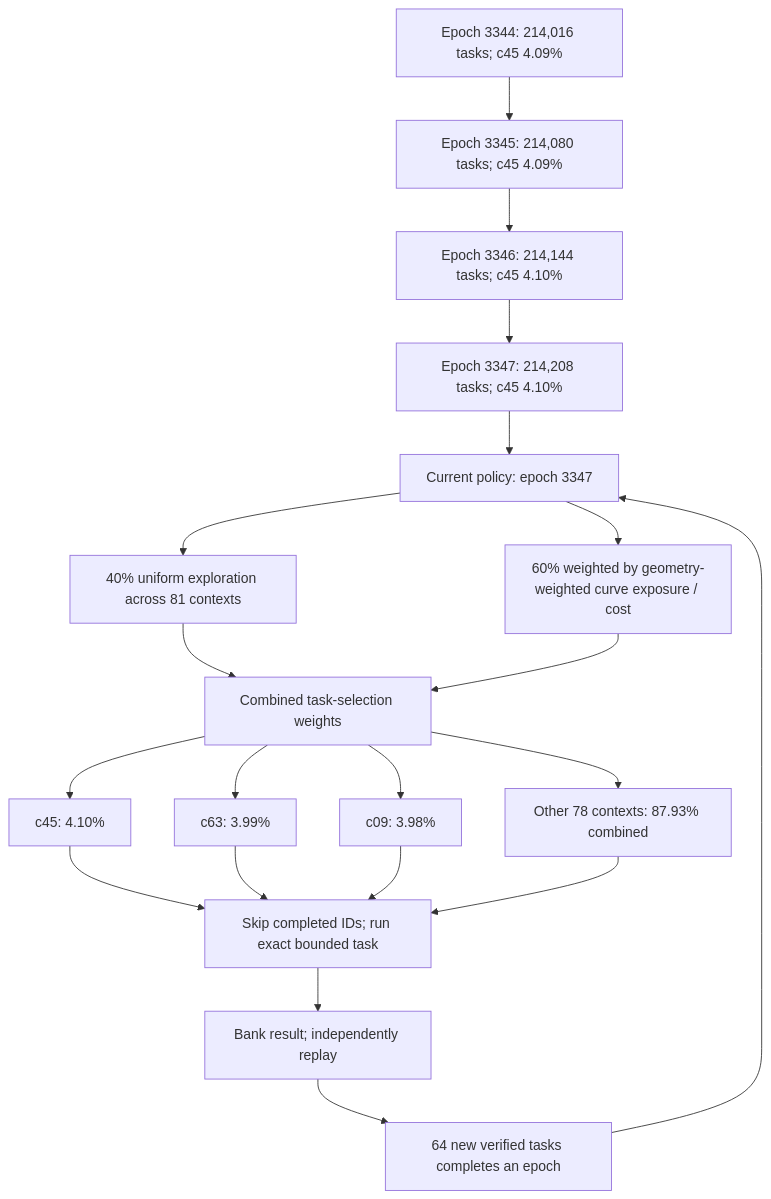
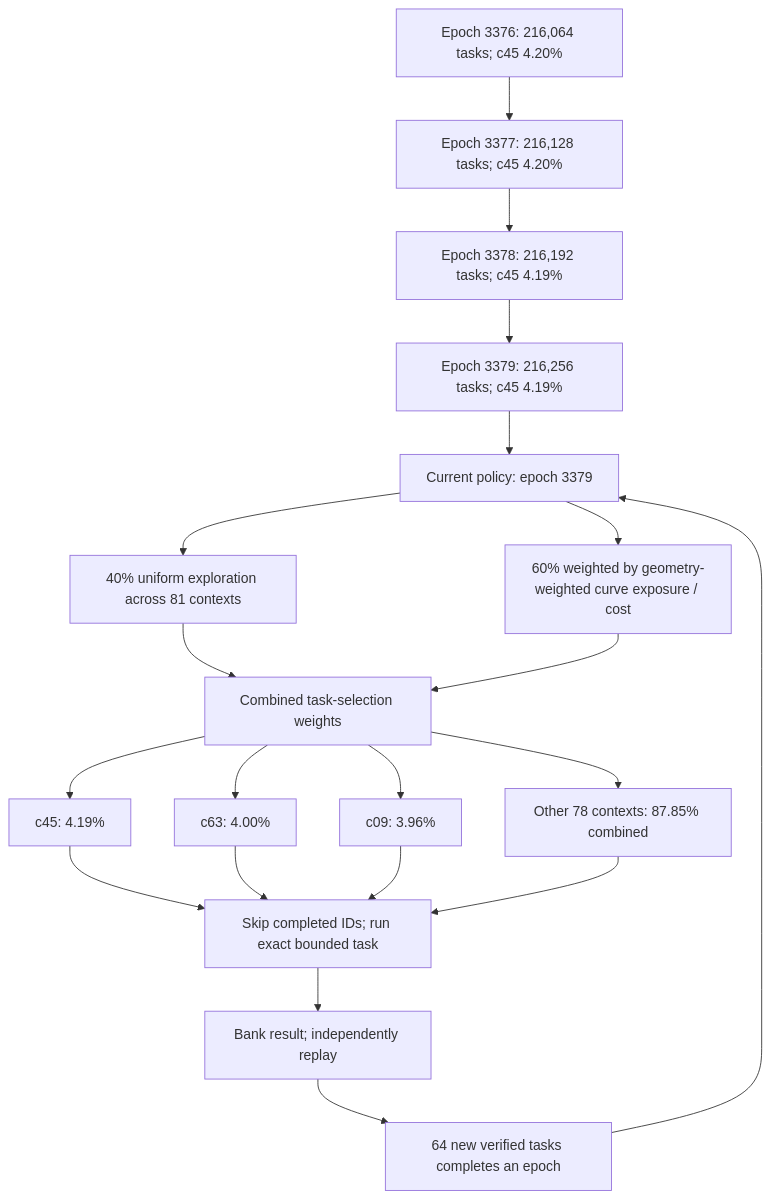
One commit to Kuberwastaken/math-gambling changed the first of 3 diagrams in README.md. Above: the diagram before and after it, drawn with Mermaid. The commit also changed other lines of this file and 4021 other files, not shown here.

````diff
--- a/README.md
+++ b/README.md
@@ -60,27 +60,27 @@
 ```mermaid
 flowchart TD
-    H0["Epoch 3344: 214,016 tasks; c45 4.09%"]
-    H1["Epoch 3345: 214,080 tasks; c45 4.09%"]
+    H0["Epoch 3376: 216,064 tasks; c45 4.20%"]
+    H1["Epoch 3377: 216,128 tasks; c45 4.20%"]
     H0 --> H1
-    H2["Epoch 3346: 214,144 tasks; c45 4.10%"]
+    H2["Epoch 3378: 216,192 tasks; c45 4.19%"]
     H1 --> H2
-    H3["Epoch 3347: 214,208 tasks; c45 4.10%"]
+    H3["Epoch 3379: 216,256 tasks; c45 4.19%"]
     H2 --> H3
-    Policy["Current policy: epoch 3347"]
+    Policy["Current policy: epoch 3379"]
     H3 --> Policy
     Policy --> Explore["40% uniform exploration across 81 contexts"]
     Policy --> Cost["60% weighted by geometry-weighted curve exposure / cost"]
     Explore --> Mix["Combined task-selection weights"]
     Cost --> Mix
-    Mix --> C0["c45: 4.10%"]
-    Mix --> C1["c63: 3.99%"]
-    Mix --> C2["c09: 3.98%"]
-    Mix --> Rest["Other 78 contexts: 87.93% combined"]
+    Mix --> C0["c45: 4.19%"]
+    Mix --> C1["c63: 4.00%"]
+    Mix --> C2["c09: 3.96%"]
+    Mix --> Rest["Other 78 contexts: 87.85% combined"]
     C0 --> Check["Skip completed IDs; run exact bounded task"]
     C1 --> Check
     C2 --> Check
     Rest --> Check
     Check --> Replay["Bank result; independently replay"]
     Replay --> Gate["64 new verified tasks completes an epoch"]
     Gate --> Policy
 ```
````
